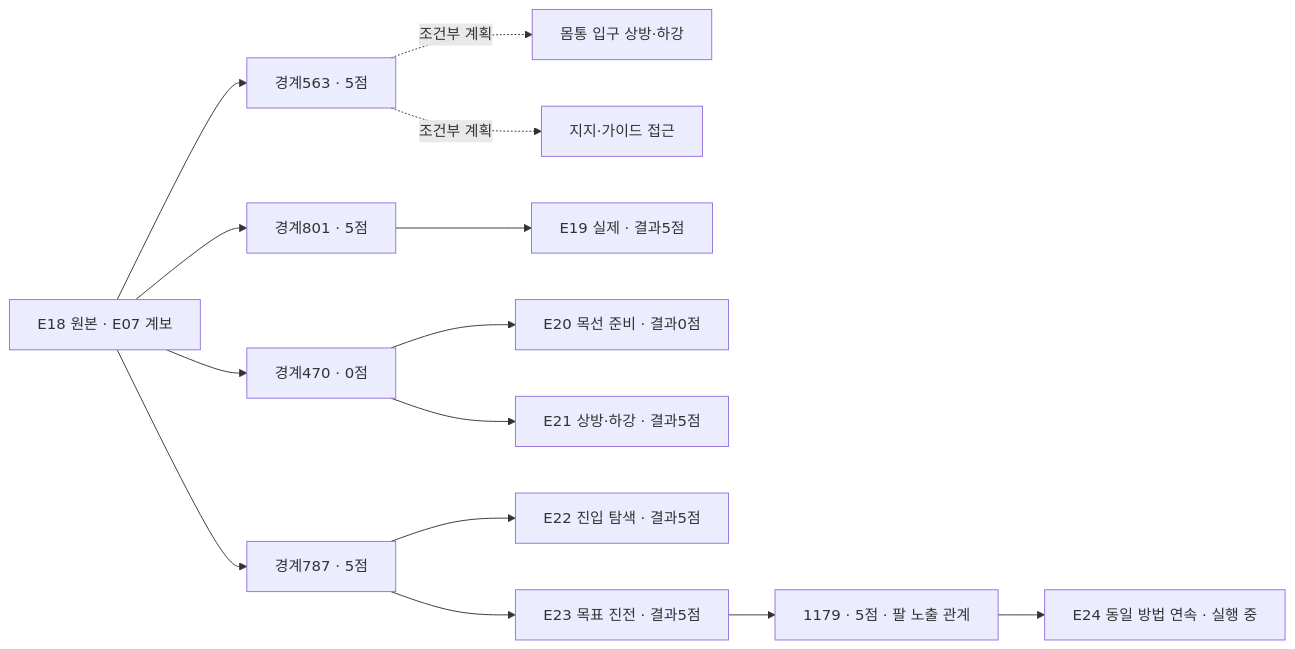
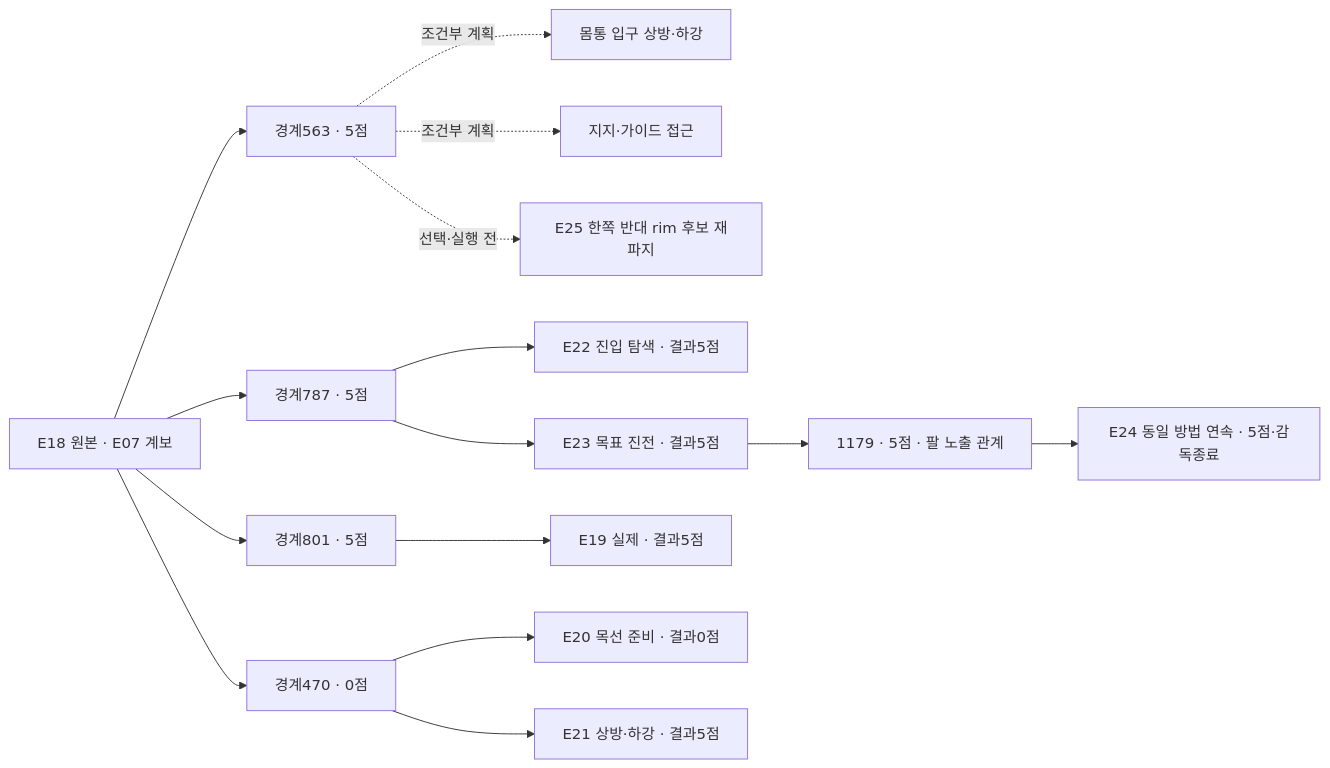
Before and after one commit to leonyoon-3dai/PhyRC_2027_phase1: the diagram in docs/collection/catalog/README.ko.md, drawn with Mermaid. The commit also changed other lines of this file and 40 other files, not shown here.

````diff
--- a/docs/collection/catalog/README.ko.md
+++ b/docs/collection/catalog/README.ko.md
@@ -26,16 +26,17 @@
 ```mermaid
 flowchart LR
   E18["E18 원본 · E07 계보"] --> P563["경계563 · 5점"]
   E18 --> P787["경계787 · 5점"]
   E18 --> P801["경계801 · 5점"]
   E18 --> P470["경계470 · 0점"]
   P563 -. "조건부 계획" .-> O["몸통 입구 상방·하강"]
   P563 -. "조건부 계획" .-> G["지지·가이드 접근"]
   P801 --> E19["E19 실제 · 결과5점"]
   P470 --> E20["E20 목선 준비 · 결과0점"]
   P470 --> E21["E21 상방·하강 · 결과5점"]
   P787 --> E22["E22 진입 탐색 · 결과5점"]
   P787 --> E23["E23 목표 진전 · 결과5점"]
   E23 --> P1179["1179 · 5점 · 팔 노출 관계"]
-  P1179 --> E24["E24 동일 방법 연속 · 실행 중"]
+  P1179 --> E24["E24 동일 방법 연속 · 5점·감독종료"]
+  P563 -. "선택·실행 전" .-> M1["E25 한쪽 반대 rim 후보 재파지"]
 ```
````
